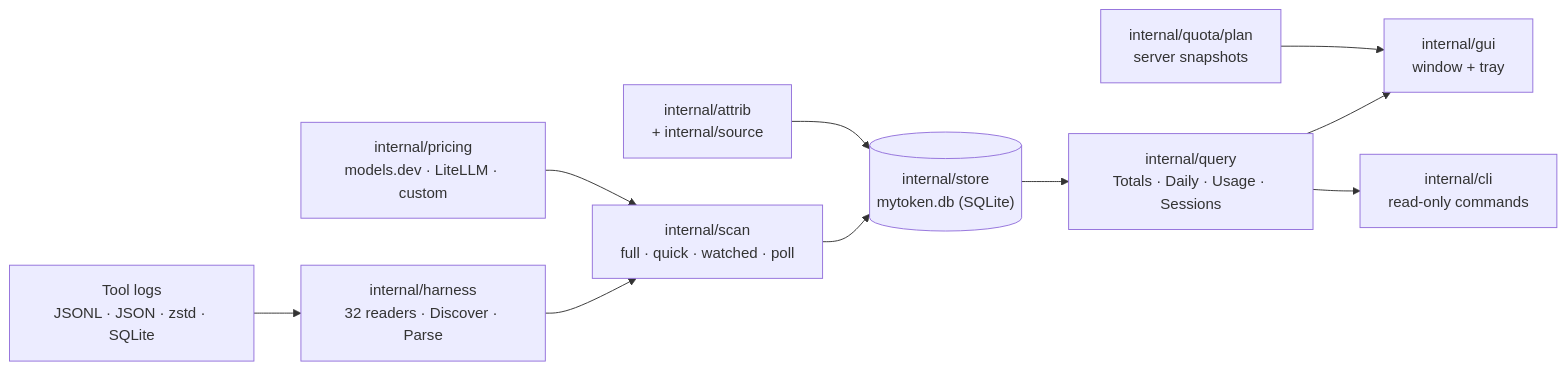
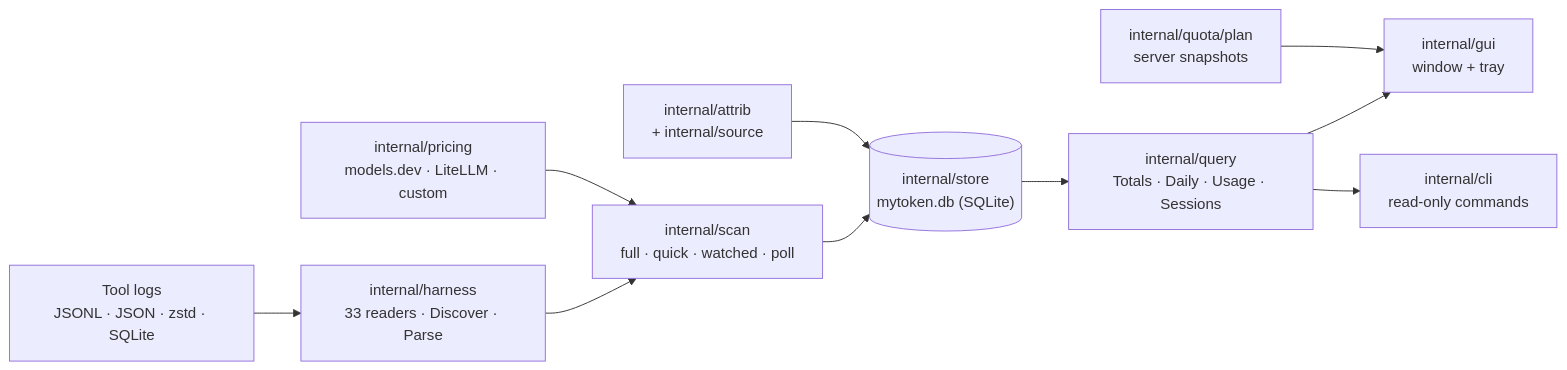
The diagram in docs/ARCHITECTURE.md (nerv-base/mytoken), drawn with Mermaid before and after one commit. The commit also changed other lines of this file and 37 other files, not shown here.

````diff
--- a/docs/ARCHITECTURE.md
+++ b/docs/ARCHITECTURE.md
@@ -9,12 +9,12 @@
 ```mermaid
 flowchart LR
-    logs["Tool logs<br/>JSONL · JSON · zstd · SQLite"] --> parsers["internal/harness<br/>32 readers · Discover · Parse"]
+    logs["Tool logs<br/>JSONL · JSON · zstd · SQLite"] --> parsers["internal/harness<br/>33 readers · Discover · Parse"]
     parsers --> scanner["internal/scan<br/>full · quick · watched · poll"]
     pricing["internal/pricing<br/>models.dev · LiteLLM · custom"] --> scanner
     scanner --> store[("internal/store<br/>mytoken.db (SQLite)")]
     attrib["internal/attrib<br/>+ internal/source"] --> store
     store --> query["internal/query<br/>Totals · Daily · Usage · Sessions"]
     query --> gui["internal/gui<br/>window + tray"]
     query --> cli["internal/cli<br/>read-only commands"]
     quota["internal/quota/plan<br/>server snapshots"] --> gui
 ```
````
